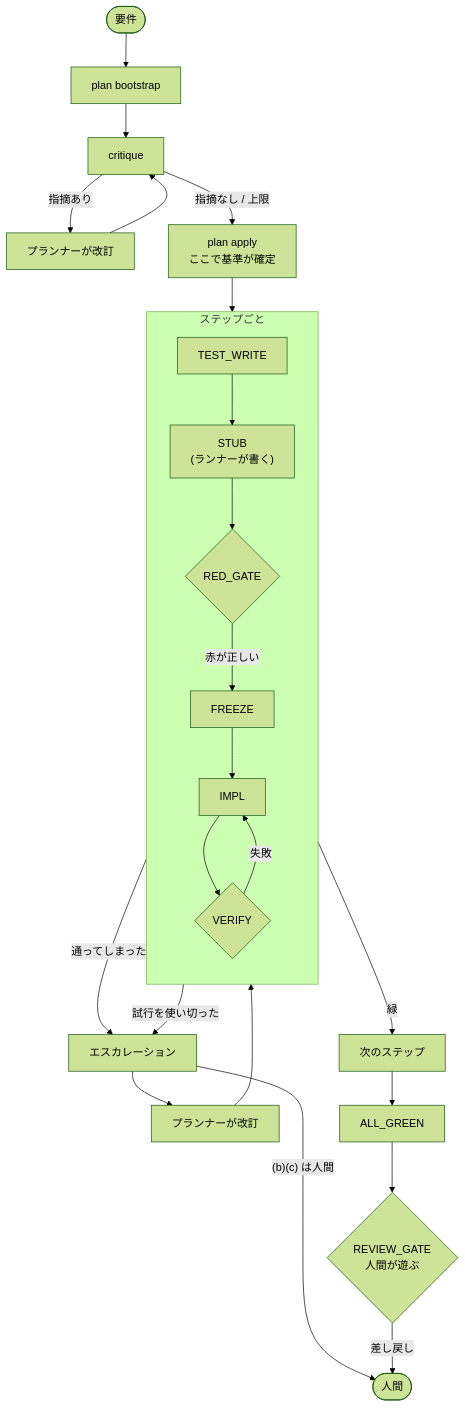
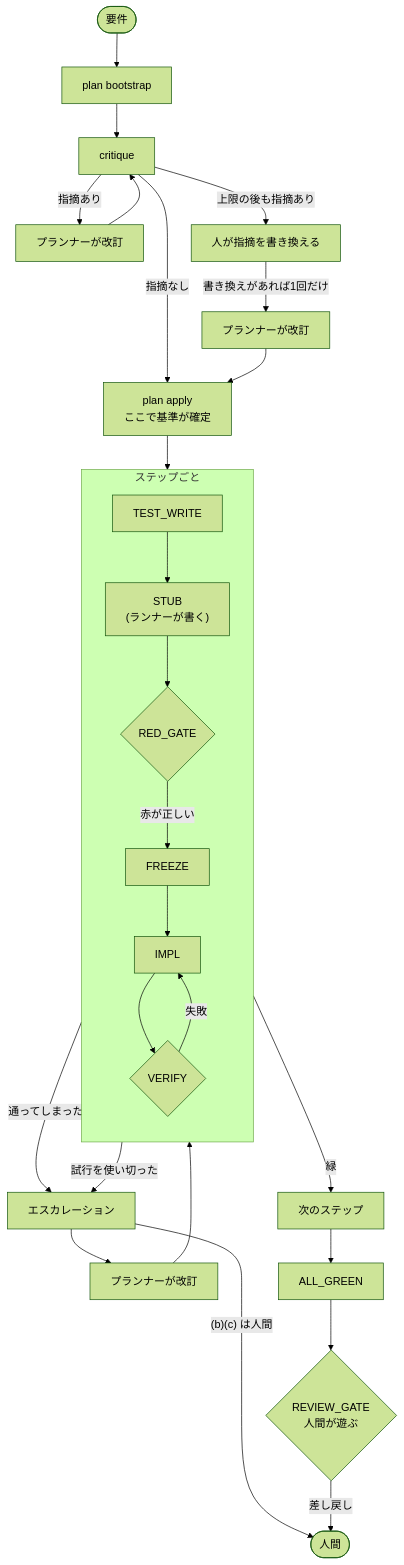
Before and after one commit to imotori481/Loop-Engine-with-Multi-Claude: the second of 2 diagrams in docs/ARCHITECTURE.md, drawn with Mermaid (forest theme). The commit also changed 19 other files, not shown here.

````diff
--- a/docs/ARCHITECTURE.md
+++ b/docs/ARCHITECTURE.md
@@ -103,29 +103,32 @@
 ```mermaid
 flowchart TD
   req(["要件"]) --> boot["plan bootstrap"]
   boot --> refine["critique"]
   refine -->|"指摘あり"| revise["プランナーが改訂"]
   revise --> refine
-  refine -->|"指摘なし / 上限"| apply["plan apply<br/>ここで基準が確定"]
+  refine -->|"指摘なし"| apply["plan apply<br/>ここで基準が確定"]
+  refine -->|"上限の後も指摘あり"| human["人が指摘を書き換える"]
+  human -->|"書き換えがあれば1回だけ"| last["プランナーが改訂"]
+  last --> apply
   apply --> step
 
   subgraph step["ステップごと"]
     direction TB
     tw["TEST_WRITE"] --> stub["STUB<br/>(ランナーが書く)"]
     stub --> red{"RED_GATE"}
     red -->|"赤が正しい"| frz["FREEZE"]
     frz --> impl["IMPL"]
     impl --> ver{"VERIFY"}
     ver -->|"失敗"| impl
   end
 
   ver -->|"緑"| nextstep["次のステップ"]
   red -->|"通ってしまった"| esc["エスカレーション"]
   ver -->|"試行を使い切った"| esc
   esc --> revise2["プランナーが改訂"]
   revise2 --> tw
   esc -->|"(b)(c) は人間"| human2(["人間"])
   nextstep --> allg["ALL_GREEN"]
   allg --> review{"REVIEW_GATE<br/>人間が遊ぶ"}
   review -->|"差し戻し"| human2
 ```
````
